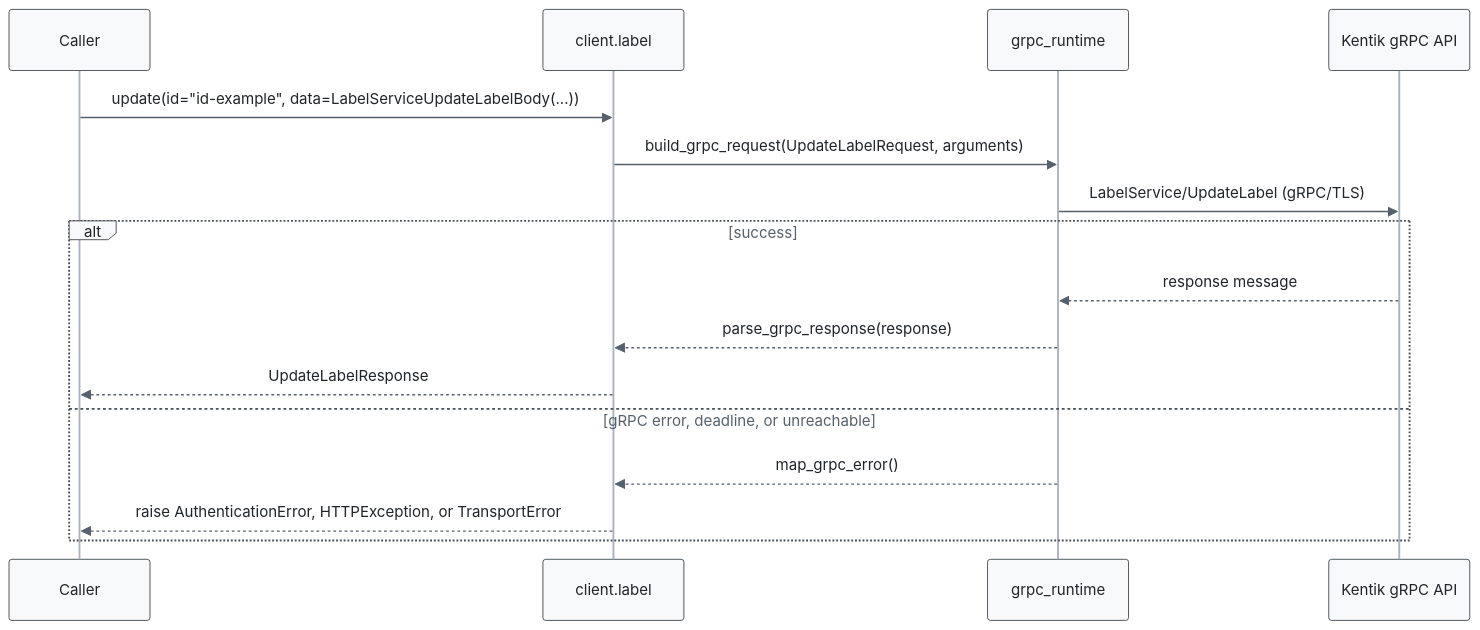
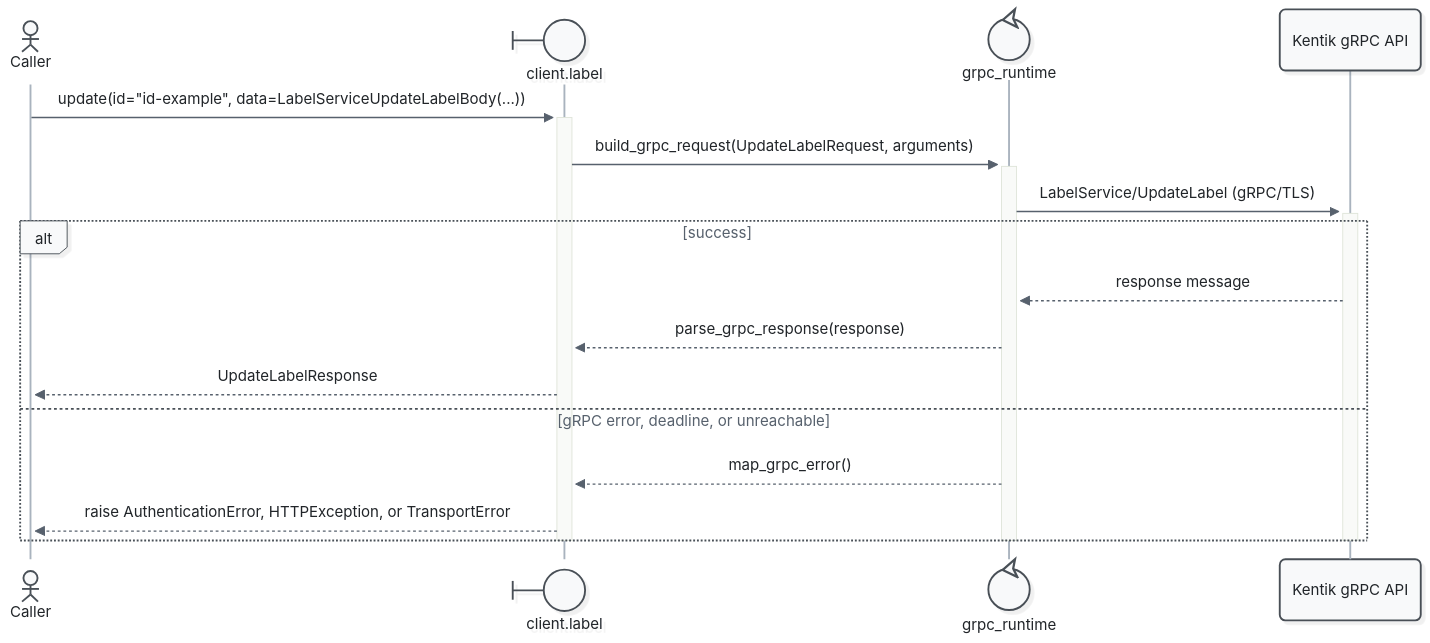
Before and after one commit to alexdearaujo/community_sdk_python: the sixth of 9 diagrams in docs/sphinx/services/label.md, drawn with Mermaid. The commit also changed other lines of this file and 52 other files, not shown here.

First line of the commit message:
docs: Mermaid 12 sequence diagrams with participant types and path colors

````diff
--- a/docs/sphinx/services/label.md
+++ b/docs/sphinx/services/label.md
@@ -204,20 +216,23 @@
 ```mermaid
-%%{init: {"theme": "base", "fontFamily": "ui-monospace, SFMono-Regular, Menlo, monospace", "themeVariables": {"fontFamily": "ui-monospace, SFMono-Regular, Menlo, monospace", "primaryColor": "#f8f9fa", "primaryBorderColor": "#495057", "primaryTextColor": "#212529", "textColor": "#212529", "lineColor": "#77818c", "edgeLabelBackground": "#ffffff", "actorBkg": "#f8f9fa", "actorBorder": "#495057", "actorTextColor": "#212529", "actorLineColor": "#a9b3be", "signalColor": "#57616d", "signalTextColor": "#212529", "labelBoxBkgColor": "#f8f9fa", "labelBoxBorderColor": "#495057", "labelTextColor": "#212529", "loopTextColor": "#57616d", "noteBkgColor": "#fff9db", "noteBorderColor": "#f08c00", "noteTextColor": "#a35a00"}, "flowchart": {"curve": "step", "nodeSpacing": 30, "rankSpacing": 70, "wrappingWidth": 400}}}%%
+%%{init: {"theme": "redux", "look": "neo", "layout": "dagre", "fontFamily": "ui-monospace, SFMono-Regular, Menlo, monospace", "themeVariables": {"fontFamily": "ui-monospace, SFMono-Regular, Menlo, monospace", "primaryColor": "#f8f9fa", "primaryBorderColor": "#495057", "primaryTextColor": "#212529", "textColor": "#212529", "lineColor": "#77818c", "edgeLabelBackground": "#ffffff", "actorBkg": "#f8f9fa", "actorBorder": "#495057", "actorTextColor": "#212529", "actorLineColor": "#a9b3be", "signalColor": "#57616d", "signalTextColor": "#212529", "labelBoxBkgColor": "#f8f9fa", "labelBoxBorderColor": "#495057", "labelTextColor": "#212529", "loopTextColor": "#57616d", "noteBkgColor": "#fff9db", "noteBorderColor": "#f08c00", "noteTextColor": "#a35a00"}, "sequence": {"activationWidth": 16}, "flowchart": {"curve": "step", "nodeSpacing": 30, "rankSpacing": 70, "wrappingWidth": 400}}}%%
 sequenceDiagram
-    participant C as Caller
-    participant W as client.label
-    participant R as grpc_runtime
+    actor C as Caller
+    participant W@{ "type": "boundary" } as client.label
+    participant R@{ "type": "control" } as grpc_runtime
     participant API as Kentik gRPC API
 
-    C->>W: update(id="id-example", data=LabelServiceUpdateLabelBody(...))
-    W->>R: build_grpc_request(UpdateLabelRequest, arguments)
-    R->>API: LabelService/UpdateLabel (gRPC/TLS)
+    C->>+W: update(id="id-example", data=LabelServiceUpdateLabelBody(...))
+    W->>+R: build_grpc_request(UpdateLabelRequest, arguments)
+    R->>+API: LabelService/UpdateLabel (gRPC/TLS)
     alt success
         API-->>R: response message
         R-->>W: parse_grpc_response(response)
         W-->>C: UpdateLabelResponse
     else gRPC error, deadline, or unreachable
         R-->>W: map_grpc_error()
         W-->>C: raise AuthenticationError, HTTPException, or TransportError
     end
+    deactivate API
+    deactivate R
+    deactivate W
 ```
````
